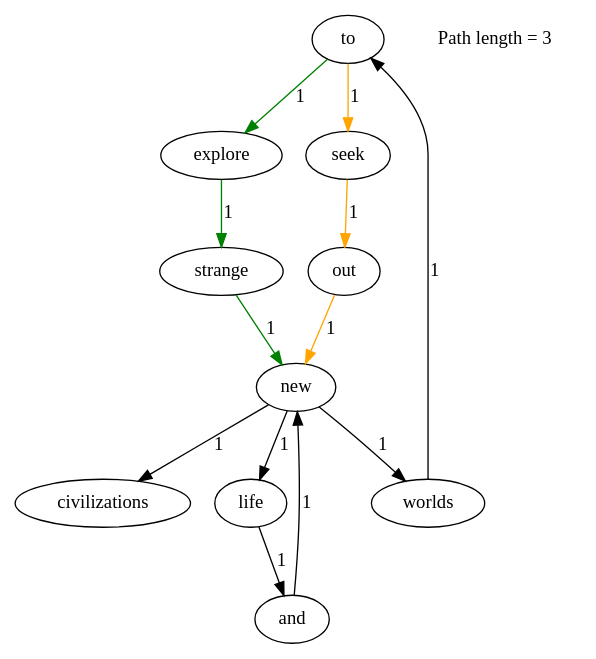
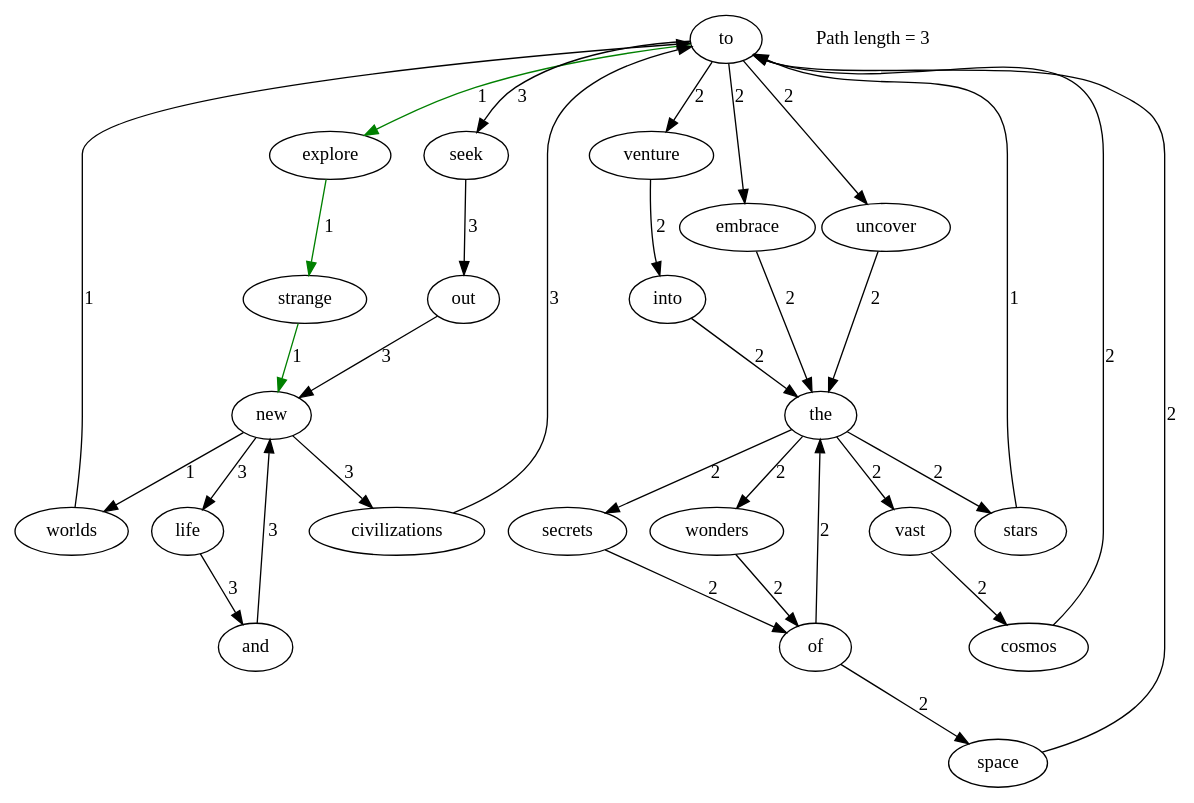
The diagram in out/text/shortest_path_to_to_new.dot (vic-yichen/Lab1-2021110640), drawn with Graphviz before and after one commit. The commit also changed 22 other files, not shown here.

```diff
--- a/out/text/shortest_path_to_to_new.dot
+++ b/out/text/shortest_path_to_to_new.dot
@@ -1,16 +1,36 @@
 digraph G {
     "to" [root=true];
     "new" -> "worlds" [label="1"];
-    "new" -> "civilizations" [label="1"];
-    "new" -> "life" [label="1"];
+    "new" -> "civilizations" [label="3"];
+    "new" -> "life" [label="3"];
     "worlds" -> "to" [label="1"];
     "explore" -> "strange" [label="1", color="green"];
-    "and" -> "new" [label="1"];
+    "embrace" -> "the" [label="2"];
+    "cosmos" -> "to" [label="2"];
+    "uncover" -> "the" [label="2"];
+    "stars" -> "to" [label="1"];
+    "seek" -> "out" [label="3"];
+    "secrets" -> "of" [label="2"];
+    "strange" -> "new" [label="1", color="green"];
+    "life" -> "and" [label="3"];
+    "venture" -> "into" [label="2"];
+    "space" -> "to" [label="2"];
+    "out" -> "new" [label="3"];
+    "the" -> "wonders" [label="2"];
+    "the" -> "vast" [label="2"];
+    "the" -> "stars" [label="2"];
+    "the" -> "secrets" [label="2"];
+    "into" -> "the" [label="2"];
+    "wonders" -> "of" [label="2"];
+    "and" -> "new" [label="3"];
+    "of" -> "the" [label="2"];
+    "of" -> "space" [label="2"];
     "to" -> "explore" [label="1", color="green"];
-    "to" -> "seek" [label="1", color="orange"];
-    "seek" -> "out" [label="1", color="orange"];
-    "strange" -> "new" [label="1", color="green"];
-    "life" -> "and" [label="1"];
-    "out" -> "new" [label="1", color="orange"];
+    "to" -> "embrace" [label="2"];
+    "to" -> "uncover" [label="2"];
+    "to" -> "seek" [label="3"];
+    "to" -> "venture" [label="2"];
+    "vast" -> "cosmos" [label="2"];
+    "civilizations" -> "to" [label="3"];
     "Path length = 3" [label="Path length = 3", color="black", shape=none];
 }
```
